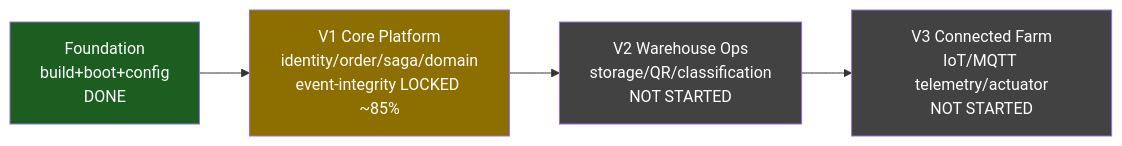
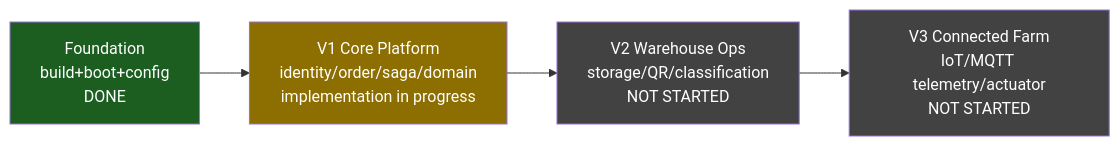
One commit to hatrongvu13/smartfarm-platform-maven-starter changed the diagram in docs/roadmap.md. Above: the diagram before and after it, drawn with Mermaid. The commit also changed other lines of this file and 47 other files, not shown here.

````diff
--- a/docs/roadmap.md
+++ b/docs/roadmap.md
@@ -7,11 +7,11 @@
 ```mermaid
 flowchart LR
   V0["Foundation<br/>build+boot+config<br/> DONE"]:::done
-  V1["V1 Core Platform<br/>identity/order/saga/domain<br/>event-integrity LOCKED ~85%"]:::current
+  V1["V1 Core Platform<br/>identity/order/saga/domain<br/>implementation in progress"]:::current
   V2["V2 Warehouse Ops<br/>storage/QR/classification<br/>NOT STARTED"]:::todo
   V3["V3 Connected Farm<br/>IoT/MQTT telemetry/actuator<br/>NOT STARTED"]:::todo
   V0 --> V1 --> V2 --> V3
   classDef done fill:#1b5e20,color:#fff;
   classDef current fill:#8d6e00,color:#fff;
   classDef todo fill:#424242,color:#fff;
 ```
````
